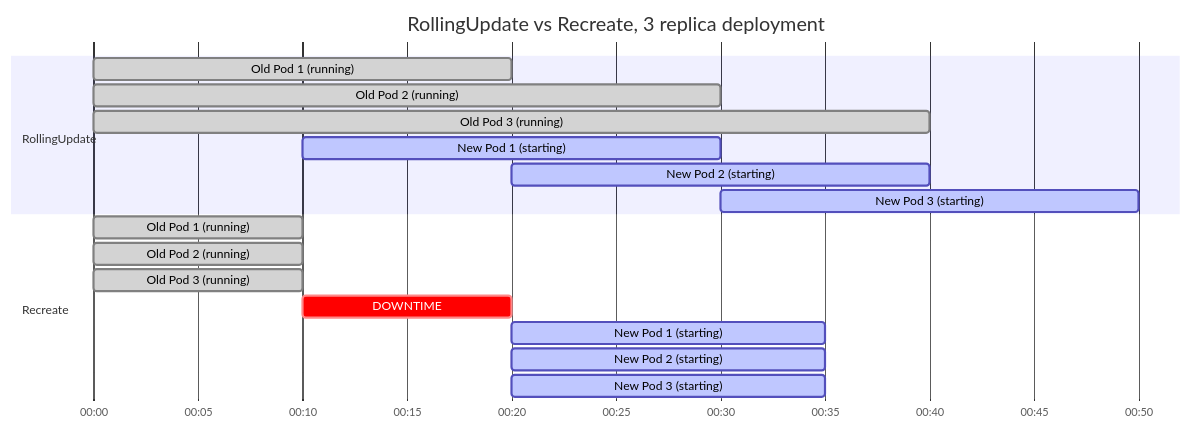
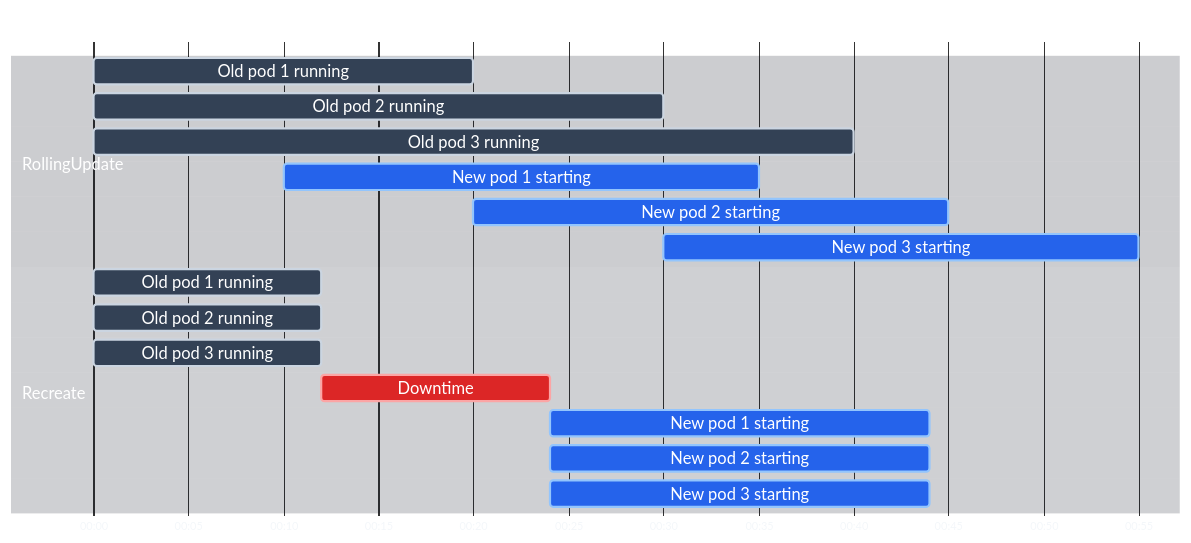
One commit to Antoine-Flo/kube-mastery changed the diagram in src/courses/modules/deployments/05-update-strategies/en/content.md. Above: the diagram before and after it, drawn with Mermaid. The commit also changed other lines of this file and 34 other files, not shown here.

````diff
--- a/src/courses/modules/deployments/05-update-strategies/en/content.md
+++ b/src/courses/modules/deployments/05-update-strategies/en/content.md
@@ -85,23 +85,51 @@
 ```mermaid
+---
+config:
+  theme: base
+  themeVariables:
+    textColor: "#f1f5f9"
+    titleColor: "#ffffff"
+    gridColor: "#475569"
+    sectionBkgColor: "#020617"
+    sectionBkgColor2: "#0b1220"
+    altSectionBkgColor: "#111827"
+    taskBkgColor: "#475569"
+    taskBorderColor: "#cbd5e1"
+    taskTextColor: "#ffffff"
+    taskTextDarkColor: "#ffffff"
+    taskTextOutsideColor: "#e2e8f0"
+    activeTaskBkgColor: "#2563eb"
+    activeTaskBorderColor: "#93c5fd"
+    doneTaskBkgColor: "#334155"
+    doneTaskBorderColor: "#cbd5e1"
+    critBkgColor: "#dc2626"
+    critBorderColor: "#fca5a5"
+    todayLineColor: "#f59e0b"
+  gantt:
+    fontSize: 15
+    sectionFontSize: 15
+    barHeight: 24
+    barGap: 8
+---
 gantt
-    title RollingUpdate vs Recreate, 3 replica deployment
-    dateFormat  mm:ss
-    axisFormat  %M:%S
+    title RollingUpdate vs Recreate, 3 replicas
+    dateFormat HH:mm:ss
+    axisFormat %M:%S
 
     section RollingUpdate
-    Old Pod 1 (running)   :done,    r1, 00:00, 00:20
-    Old Pod 2 (running)   :done,    r2, 00:00, 00:30
-    Old Pod 3 (running)   :done,    r3, 00:00, 00:40
-    New Pod 1 (starting)  :active,  n1, 00:10, 00:30
-    New Pod 2 (starting)  :active,  n2, 00:20, 00:40
-    New Pod 3 (starting)  :active,  n3, 00:30, 00:50
+    Old pod 1 running  :done,   ro1, 00:00:00, 00:00:20
+    Old pod 2 running  :done,   ro2, 00:00:00, 00:00:30
+    Old pod 3 running  :done,   ro3, 00:00:00, 00:00:40
+    New pod 1 starting :active, rn1, 00:00:10, 00:00:35
+    New pod 2 starting :active, rn2, 00:00:20, 00:00:45
+    New pod 3 starting :active, rn3, 00:00:30, 00:00:55
 
     section Recreate
-    Old Pod 1 (running)   :done,    c1, 00:00, 00:10
-    Old Pod 2 (running)   :done,    c2, 00:00, 00:10
-    Old Pod 3 (running)   :done,    c3, 00:00, 00:10
-    DOWNTIME              :crit,    dw, 00:10, 00:20
-    New Pod 1 (starting)  :active,  cn1, 00:20, 00:35
-    New Pod 2 (starting)  :active,  cn2, 00:20, 00:35
-    New Pod 3 (starting)  :active,  cn3, 00:20, 00:35
+    Old pod 1 running  :done,   rc1, 00:00:00, 00:00:12
+    Old pod 2 running  :done,   rc2, 00:00:00, 00:00:12
+    Old pod 3 running  :done,   rc3, 00:00:00, 00:00:12
+    Downtime           :crit,   rcd, 00:00:12, 00:00:24
+    New pod 1 starting :active, rcn1, 00:00:24, 00:00:44
+    New pod 2 starting :active, rcn2, 00:00:24, 00:00:44
+    New pod 3 starting :active, rcn3, 00:00:24, 00:00:44
 ```
````
